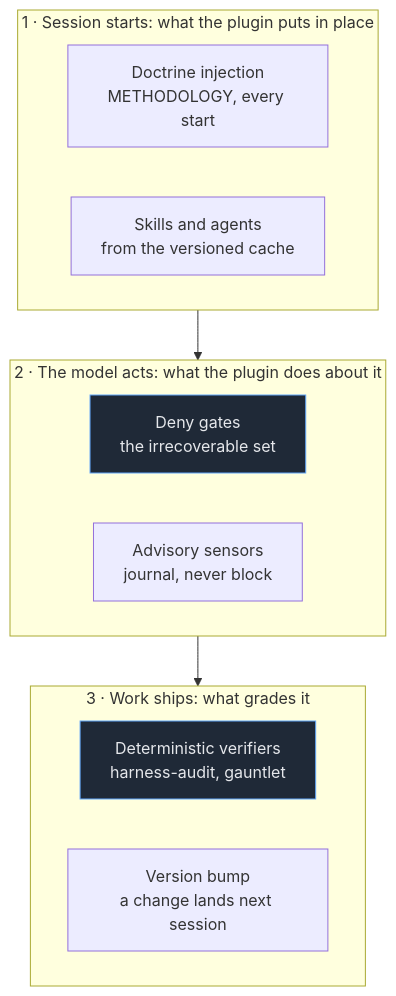
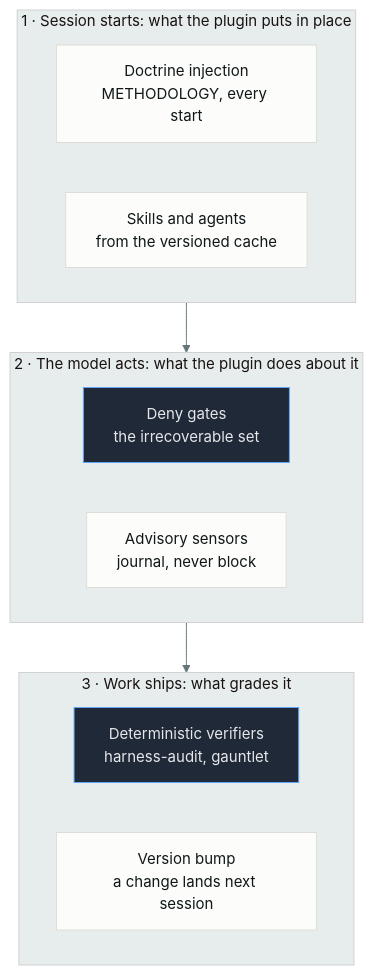
Before and after one commit to wasikarn/matt-harness: the diagram in README.md, drawn with Mermaid. The commit also changed other lines of this file and 12 other files, not shown here.

Commit message:
docs(diagrams): add tiered-pipeline + score-decision figures, theme mermaid blocks, extend version-bump gate, v0.68.512

````diff
--- a/README.md
+++ b/README.md
@@ -71,23 +71,36 @@
 ```mermaid
+%%{init: {
+  'theme':'base',
+  'themeVariables': {
+    'primaryColor':'#fcfcfa',
+    'primaryBorderColor':'#ddddd6',
+    'primaryTextColor':'#0f1718',
+    'lineColor':'#65767a',
+    'secondaryColor':'#dceff0',
+    'tertiaryColor':'#e7edec',
+    'fontFamily':'Source Serif 4, Charter, Georgia, serif',
+    'fontSize':'15px'
+  }
+}}%%
 flowchart TB
     subgraph BEFORE["1 · Session starts: what the plugin puts in place"]
         direction LR
         D["Doctrine injection<br/>METHODOLOGY, every start"]
         SU["Skills and agents<br/>from the versioned cache"]
     end
     subgraph DURING["2 · The model acts: what the plugin does about it"]
         direction LR
         G["Deny gates<br/>the irrecoverable set"]
         SE["Advisory sensors<br/>journal, never block"]
     end
     subgraph AFTER["3 · Work ships: what grades it"]
         direction LR
         V["Deterministic verifiers<br/>harness-audit, gauntlet"]
         B["Version bump<br/>a change lands next session"]
     end
 
     BEFORE --> DURING --> AFTER
 
     classDef det fill:#1f2937,stroke:#60a5fa,color:#e5e7eb
     class G,V det
 ```
````
